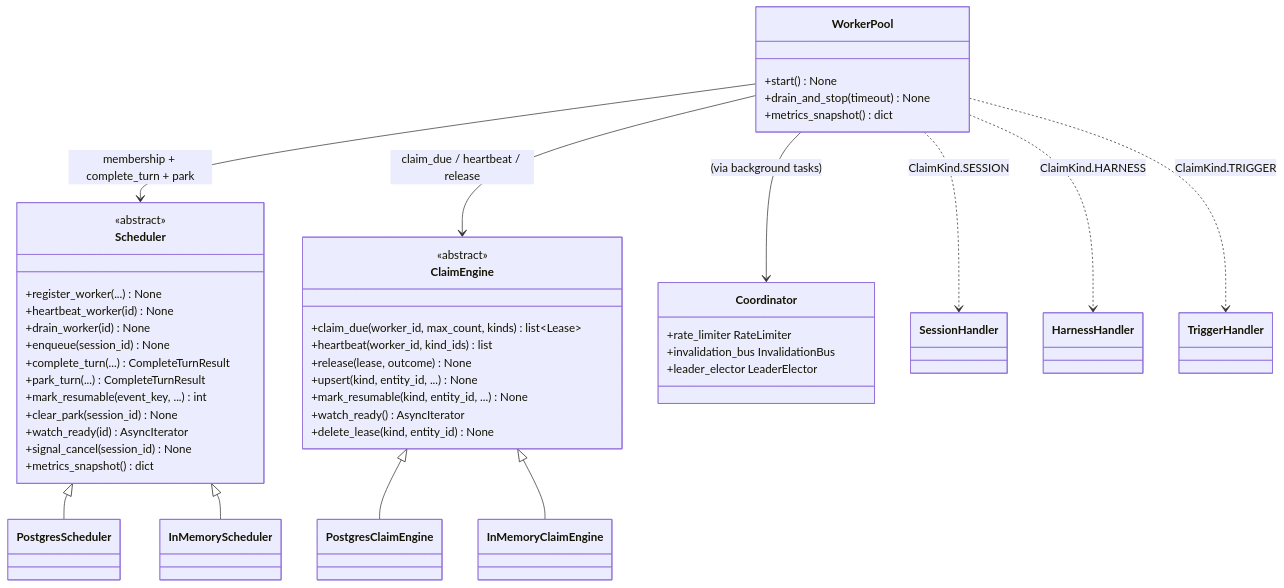
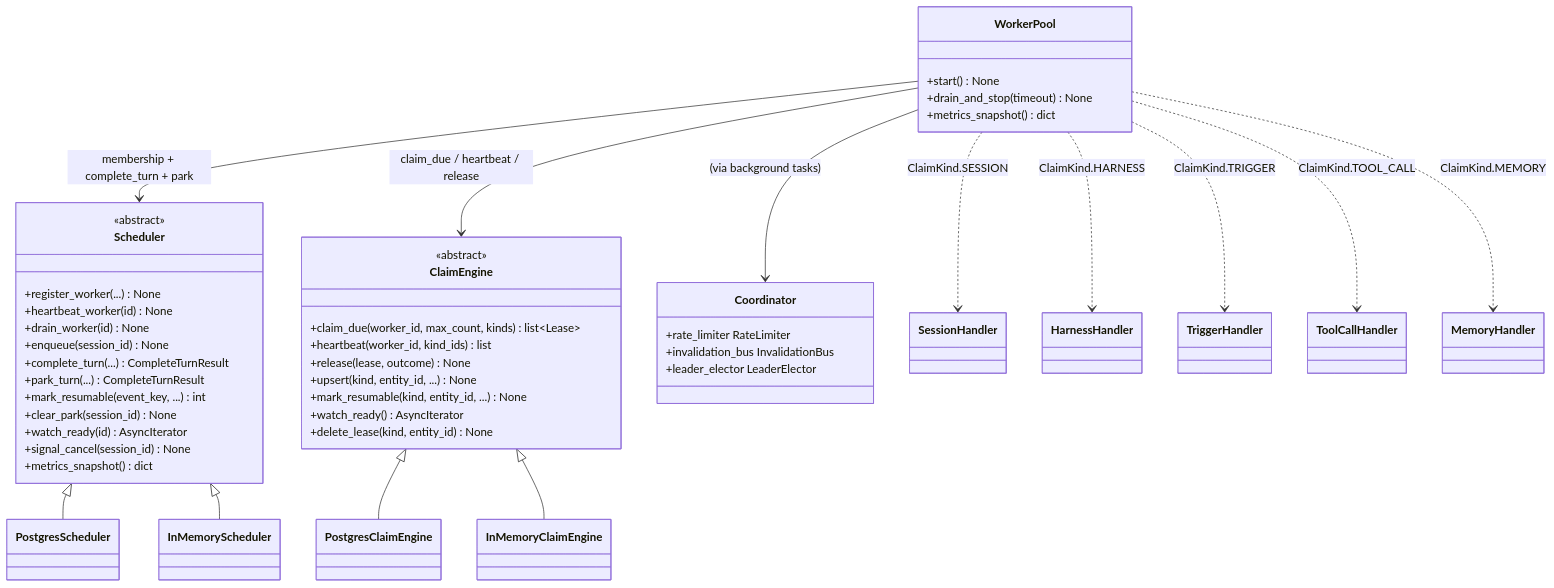
Before and after one commit to primerhq/primer: the first of 3 diagrams in docs/dev/architecture/worker-system.md, drawn with Mermaid. The commit also changed other lines of this file and 5 other files, not shown here.

Commit message:
docs: align tool-call claims review findings

````diff
--- a/docs/dev/architecture/worker-system.md
+++ b/docs/dev/architecture/worker-system.md
@@ -19,50 +19,52 @@
 ```mermaid
 classDiagram
     class Scheduler {
         <<abstract>>
         +register_worker(...) None
         +heartbeat_worker(id) None
         +drain_worker(id) None
         +enqueue(session_id) None
         +complete_turn(...) CompleteTurnResult
         +park_turn(...) CompleteTurnResult
         +mark_resumable(event_key, ...) int
         +clear_park(session_id) None
         +watch_ready(id) AsyncIterator
         +signal_cancel(session_id) None
         +metrics_snapshot() dict
     }
     class ClaimEngine {
         <<abstract>>
         +claim_due(worker_id, max_count, kinds) list~Lease~
         +heartbeat(worker_id, kind_ids) list
         +release(lease, outcome) None
         +upsert(kind, entity_id, ...) None
         +mark_resumable(kind, entity_id, ...) None
         +watch_ready() AsyncIterator
         +delete_lease(kind, entity_id) None
     }
     class Coordinator {
         +rate_limiter RateLimiter
         +invalidation_bus InvalidationBus
         +leader_elector LeaderElector
     }
     class WorkerPool {
         +start() None
         +drain_and_stop(timeout) None
         +metrics_snapshot() dict
     }
 
     Scheduler <|-- PostgresScheduler
     Scheduler <|-- InMemoryScheduler
     ClaimEngine <|-- PostgresClaimEngine
     ClaimEngine <|-- InMemoryClaimEngine
 
     WorkerPool --> Scheduler : membership + complete_turn + park
     WorkerPool --> ClaimEngine : claim_due / heartbeat / release
     WorkerPool --> Coordinator : (via background tasks)
 
     WorkerPool ..> SessionHandler : ClaimKind.SESSION
     WorkerPool ..> HarnessHandler : ClaimKind.HARNESS
     WorkerPool ..> TriggerHandler : ClaimKind.TRIGGER
+    WorkerPool ..> ToolCallHandler : ClaimKind.TOOL_CALL
+    WorkerPool ..> MemoryHandler : ClaimKind.MEMORY
 ```
````
